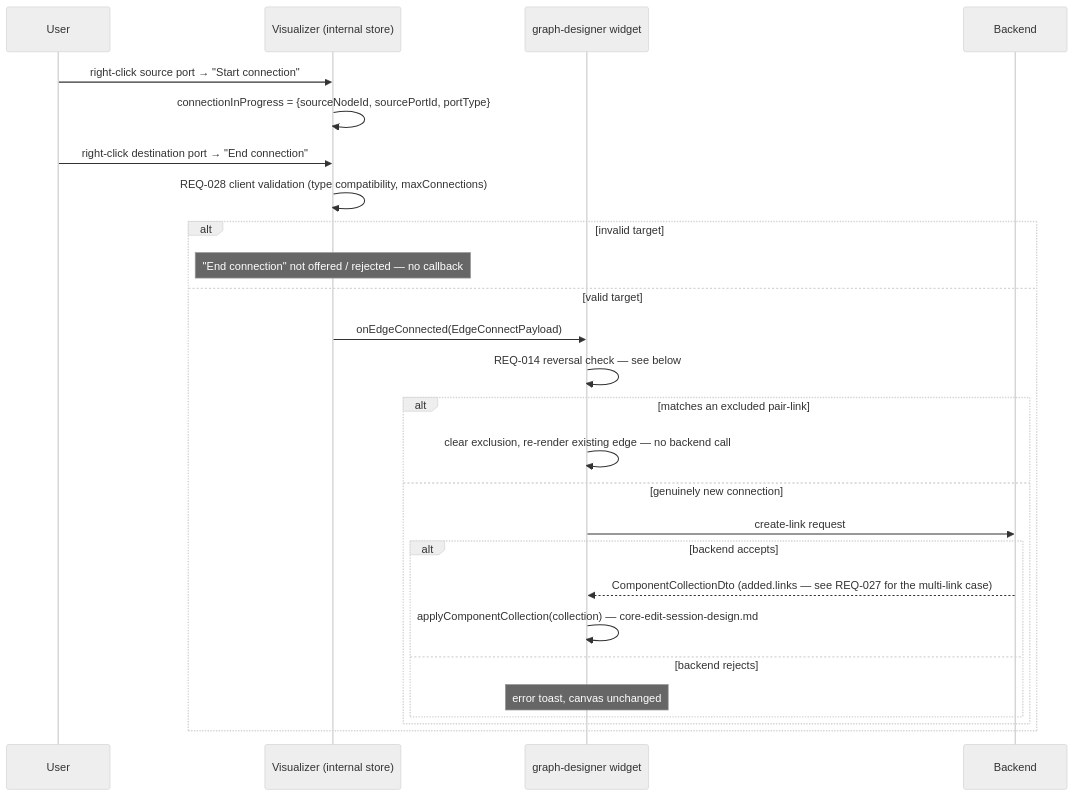
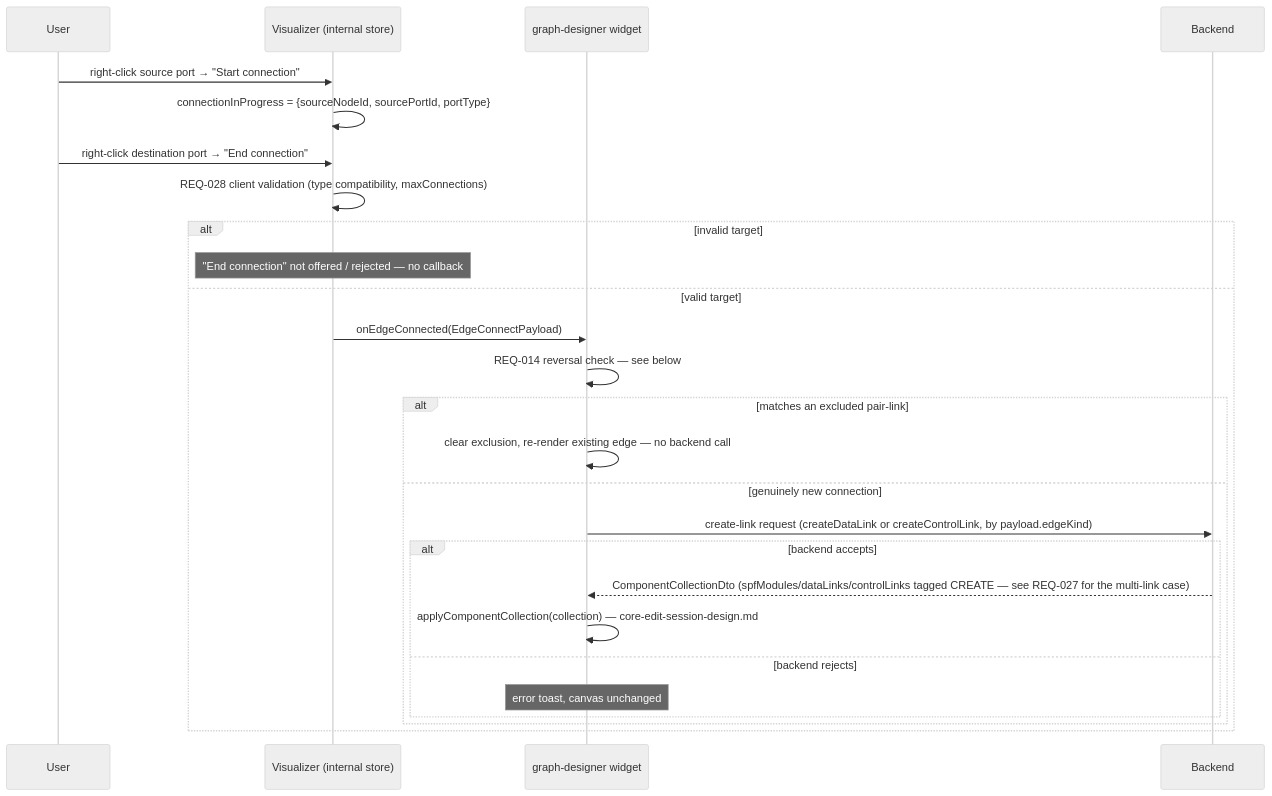
Before and after one commit to ramesh521/audioreach-creator-ui-2: the first of 2 diagrams in docs/graph-designer-edit/design/link-and-port-design.md, drawn with Mermaid (neutral theme). The commit also changed other lines of this file and 5 other files, not shown here.

````diff
--- a/docs/graph-designer-edit/design/link-and-port-design.md
+++ b/docs/graph-designer-edit/design/link-and-port-design.md
@@ -118,29 +120,29 @@
 ```mermaid
 sequenceDiagram
   participant U as User
   participant V as Visualizer (internal store)
   participant O as graph-designer widget
   participant B as Backend
 
   U->>V: right-click source port → "Start connection"
   V->>V: connectionInProgress = {sourceNodeId, sourcePortId, portType}
   U->>V: right-click destination port → "End connection"
   V->>V: REQ-028 client validation (type compatibility, maxConnections)
   alt invalid target
     Note over V: "End connection" not offered / rejected — no callback
   else valid target
     V->>O: onEdgeConnected(EdgeConnectPayload)
     O->>O: REQ-014 reversal check — see below
     alt matches an excluded pair-link
       O->>O: clear exclusion, re-render existing edge — no backend call
     else genuinely new connection
-      O->>B: create-link request
+      O->>B: create-link request (createDataLink or createControlLink, by payload.edgeKind)
       alt backend accepts
-        B-->>O: ComponentCollectionDto (added.links — see REQ-027 for the multi-link case)
+        B-->>O: ComponentCollectionDto (spfModules/dataLinks/controlLinks tagged CREATE — see REQ-027 for the multi-link case)
         O->>O: applyComponentCollection(collection) — core-edit-session-design.md
       else backend rejects
         Note over O: error toast, canvas unchanged
       end
     end
   end
 ```
````
